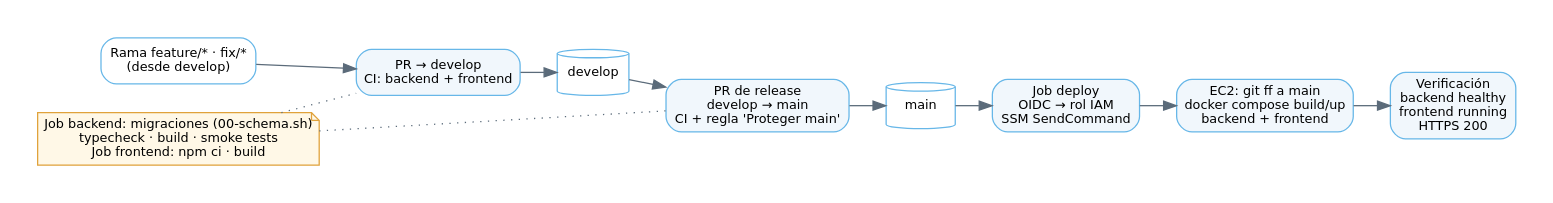
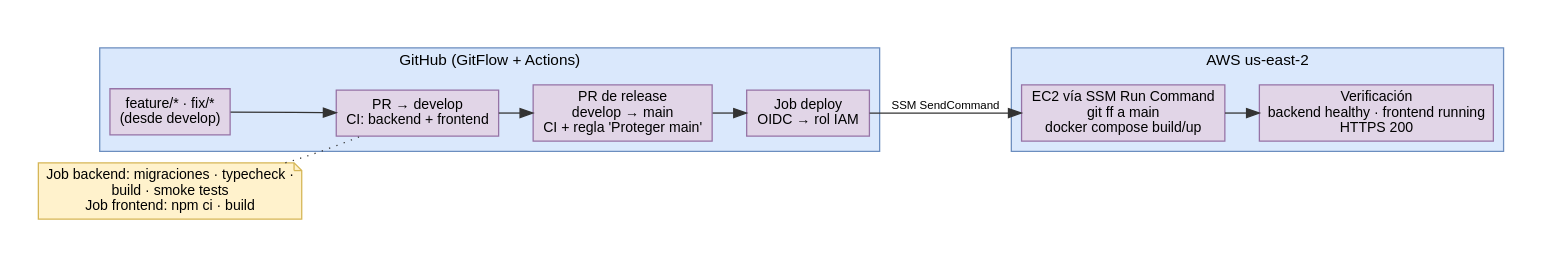
Before and after one commit to JCR2005/AirSunBox: the diagram in docs/diagramas/cicd.dot, drawn with Graphviz. The commit also changed 15 other files, not shown here.

```diff
--- a/docs/diagramas/cicd.dot
+++ b/docs/diagramas/cicd.dot
@@ -1,20 +1,22 @@
 // GitFlow + CI/CD
 digraph cicd {
-  graph [rankdir=LR, fontname="DejaVu Sans", fontsize=11, nodesep=0.3, ranksep=0.4, pad=0.3]
-  node  [shape=box, style="rounded,filled", fontname="DejaVu Sans", fontsize=10, fillcolor="#F1F7FC", color="#67B7E8"]
-  edge  [fontname="DejaVu Sans", fontsize=8, color="#5B6B7A"]
+  graph [rankdir=LR, fontname="Liberation Sans", fontsize=12, nodesep=0.3, ranksep=0.35, pad=0.3]
+  node  [shape=box, style="filled", fontname="Liberation Sans", fontsize=11, fillcolor="#E1D5E7", color="#9673A6"]
+  edge  [fontname="Liberation Sans", fontsize=9, color="#333333"]
 
-  feat   [label="Rama feature/* · fix/*\n(desde develop)", fillcolor="white"]
-  prdev  [label="PR → develop\nCI: backend + frontend"]
-  dev    [label="develop", shape=cylinder, fillcolor="white"]
-  prmain [label="PR de release\ndevelop → main\nCI + regla 'Proteger main'"]
-  main   [label="main", shape=cylinder, fillcolor="white"]
-  deploy [label="Job deploy\nOIDC → rol IAM\nSSM SendCommand"]
-  ec2    [label="EC2: git ff a main\ndocker compose build/up\nbackend + frontend"]
-  check  [label="Verificación\nbackend healthy\nfrontend running\nHTTPS 200"]
-
-  feat -> prdev -> dev -> prmain -> main -> deploy -> ec2 -> check
-  ci [label="Job backend: migraciones (00-schema.sh)\ntypecheck · build · smoke tests\nJob frontend: npm ci · build", shape=note, fillcolor="#FFF8E7", color="#E0A23B"]
+  subgraph cluster_gh { label="GitHub (GitFlow + Actions)"; style="filled"; fillcolor="#DAE8FC"; color="#6C8EBF"
+    feat   [label="feature/* · fix/*\n(desde develop)"]
+    prdev  [label="PR → develop\nCI: backend + frontend"]
+    prmain [label="PR de release\ndevelop → main\nCI + regla 'Proteger main'"]
+    deploy [label="Job deploy\nOIDC → rol IAM"]
+    feat -> prdev -> prmain -> deploy
+  }
+  subgraph cluster_aws { label="AWS us-east-2"; style="filled"; fillcolor="#DAE8FC"; color="#6C8EBF"
+    ec2   [label="EC2 vía SSM Run Command\ngit ff a main\ndocker compose build/up"]
+    check [label="Verificación\nbackend healthy · frontend running\nHTTPS 200"]
+    ec2 -> check
+  }
+  deploy -> ec2 [label="SSM SendCommand"]
+  ci [label="Job backend: migraciones · typecheck ·\nbuild · smoke tests\nJob frontend: npm ci · build", shape=note, fillcolor="#FFF2CC", color="#D6B656"]
   ci -> prdev [style=dotted, arrowhead=none]
-  ci -> prmain [style=dotted, arrowhead=none]
 }
```
